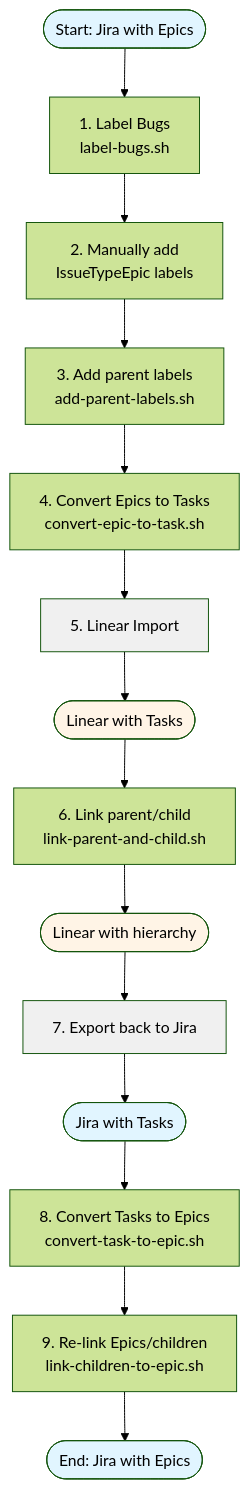
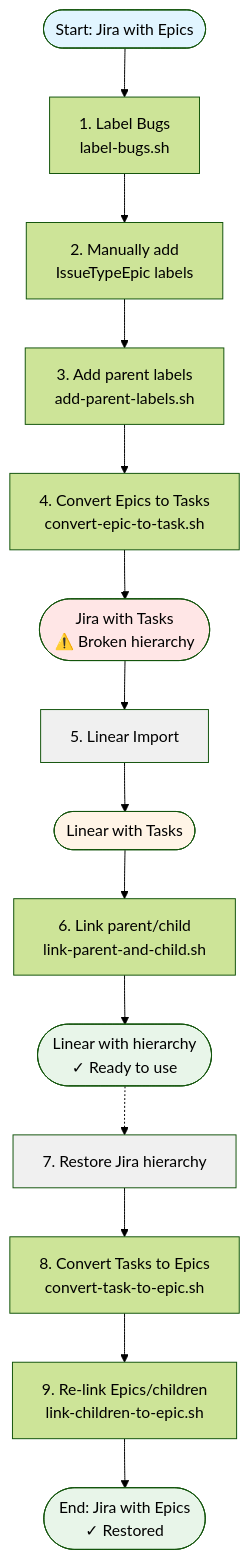
Before and after one commit to keboola/linear-migration-tools: the diagram in README.md, drawn with Mermaid (forest theme).

Commit message:
Update flowchart to show broken Jira hierarchy step

````diff
--- a/README.md
+++ b/README.md
@@ -19,24 +19,24 @@
 ```mermaid
 graph TB
     Start([Start: Jira with Epics]) --> Step1[1. Label Bugs<br/>label-bugs.sh]
     Step1 --> Step2[2. Manually add<br/>IssueTypeEpic labels]
     Step2 --> Step3[3. Add parent labels<br/>add-parent-labels.sh]
     Step3 --> Step4[4. Convert Epics to Tasks<br/>convert-epic-to-task.sh]
-    Step4 --> Step5[5. Linear Import]
+    Step4 --> BrokenJira([Jira with Tasks<br/>⚠️ Broken hierarchy])
+    BrokenJira --> Step5[5. Linear Import]
     Step5 --> Linear([Linear with Tasks])
     Linear --> Step6[6. Link parent/child<br/>link-parent-and-child.sh]
-    Step6 --> LinearDone([Linear with hierarchy])
-    LinearDone --> Step7[7. Export back to Jira]
-    Step7 --> JiraBack([Jira with Tasks])
-    JiraBack --> Step8[8. Convert Tasks to Epics<br/>convert-task-to-epic.sh]
+    Step6 --> LinearDone([Linear with hierarchy<br/>✓ Ready to use])
+    LinearDone -.-> Step7[7. Restore Jira hierarchy]
+    Step7 --> Step8[8. Convert Tasks to Epics<br/>convert-task-to-epic.sh]
     Step8 --> Step9[9. Re-link Epics/children<br/>link-children-to-epic.sh]
-    Step9 --> End([End: Jira with Epics])
+    Step9 --> End([End: Jira with Epics<br/>✓ Restored])
 
     style Start fill:#e1f5ff
+    style BrokenJira fill:#ffe6e6
     style Linear fill:#fff4e6
-    style LinearDone fill:#fff4e6
-    style JiraBack fill:#e1f5ff
-    style End fill:#e1f5ff
+    style LinearDone fill:#e8f5e9
+    style End fill:#e8f5e9
     style Step5 fill:#f0f0f0
     style Step7 fill:#f0f0f0
 ```
````
